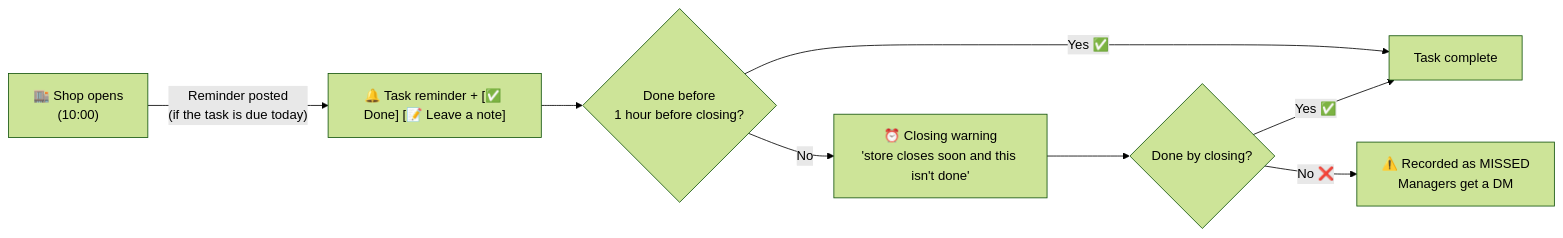
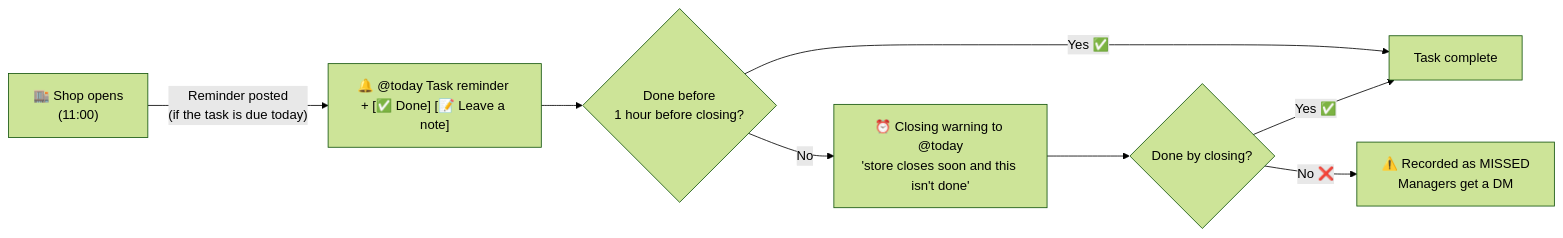
Before and after one commit to astralisdev/hbb-bot-docs: the fourth of 4 diagrams in README.md, drawn with Mermaid (forest theme). The commit also changed other lines of this file, not shown here.

````diff
--- a/README.md
+++ b/README.md
@@ -455,10 +528,10 @@
 ```mermaid
 flowchart LR
-    O["🏬 Shop opens<br/>(10:00)"] -->|"Reminder posted<br/>(if the task is due today)"| R["🔔 Task reminder + [✅ Done] [📝 Leave a note]"]
+    O["🏬 Shop opens<br/>(11:00)"] -->|"Reminder posted<br/>(if the task is due today)"| R["🔔 @today Task reminder + [✅ Done] [📝 Leave a note]"]
     R --> C{"Done before<br/>1 hour before closing?"}
     C -- "Yes ✅" --> OK["Task complete"]
-    C -- "No" --> P["⏰ Closing warning<br/>'store closes soon and this isn't done'"]
+    C -- "No" --> P["⏰ Closing warning to @today<br/>'store closes soon and this isn't done'"]
     P --> Q{"Done by closing?"}
     Q -- "Yes ✅" --> OK
     Q -- "No ❌" --> X["⚠️ Recorded as MISSED<br/>Managers get a DM"]
 ```
````
